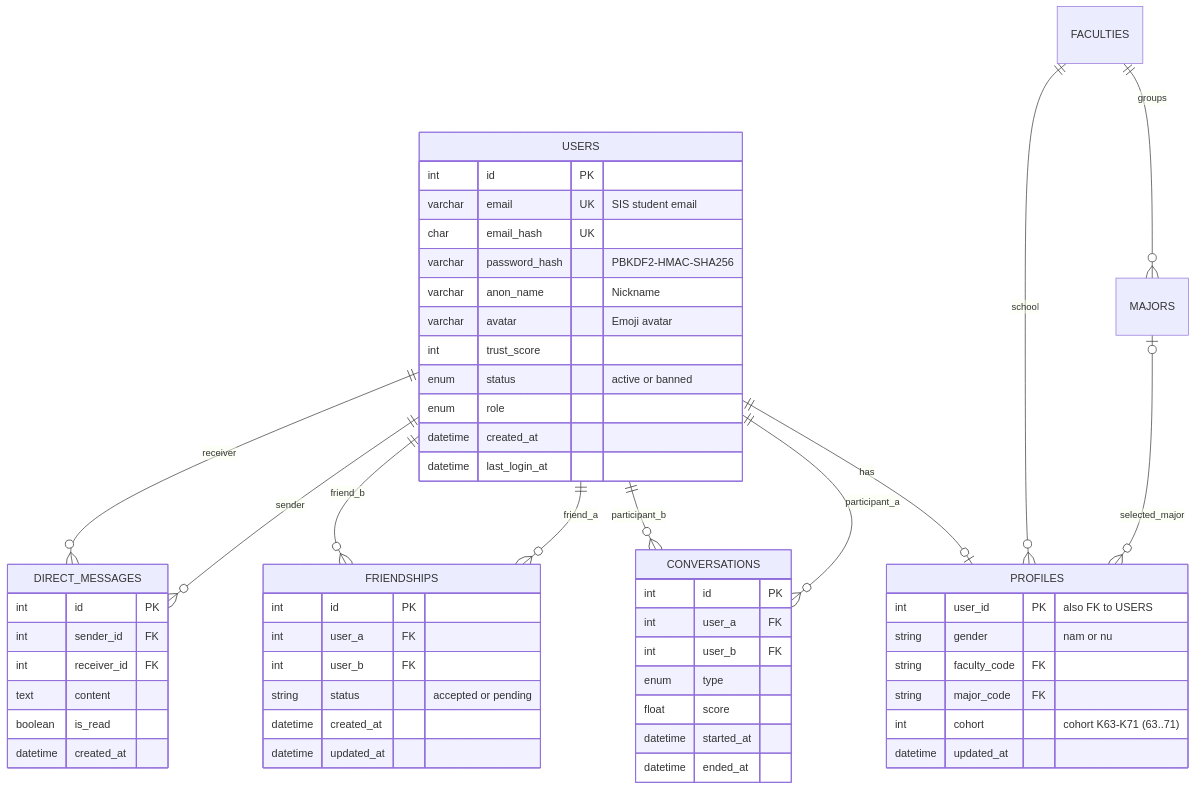
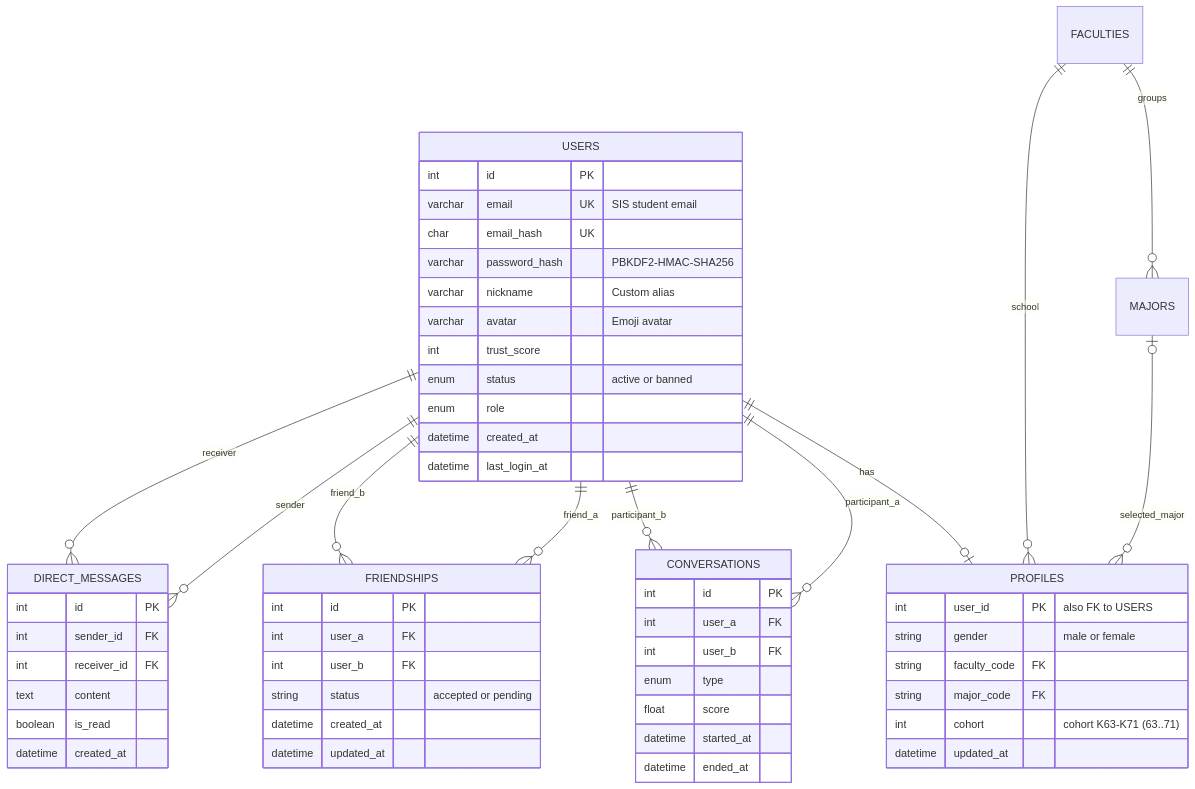
The diagram in db/schema.md (maitrang051106/project_1), drawn with Mermaid before and after one commit. The commit also changed other lines of this file and 26 other files, not shown here.

First line of the commit message:
refactor: rename anon_name to nickname in user model and related components

````diff
--- a/db/schema.md
+++ b/db/schema.md
@@ -8,60 +8,60 @@
 ```mermaid
 erDiagram
     USERS ||--o| PROFILES : "has"
     USERS ||--o{ CONVERSATIONS : "participant_a"
     USERS ||--o{ CONVERSATIONS : "participant_b"
     USERS ||--o{ FRIENDSHIPS : "friend_a"
     USERS ||--o{ FRIENDSHIPS : "friend_b"
     USERS ||--o{ DIRECT_MESSAGES : "sender"
     USERS ||--o{ DIRECT_MESSAGES : "receiver"
     FACULTIES ||--o{ MAJORS : "groups"
     FACULTIES ||--o{ PROFILES : "school"
     MAJORS o|--o{ PROFILES : "selected_major"
 
     USERS {
         int id PK
         varchar email UK "SIS student email"
         char email_hash UK
         varchar password_hash "PBKDF2-HMAC-SHA256"
-        varchar anon_name "Nickname"
+        varchar nickname "Custom alias"
         varchar avatar "Emoji avatar"
         int trust_score
         enum status "active or banned"
         enum role
         datetime created_at
         datetime last_login_at
     }
     PROFILES {
         int user_id PK "also FK to USERS"
-        string gender "nam or nu"
+        string gender "male or female"
         string faculty_code FK
         string major_code FK
         int cohort "cohort K63-K71 (63..71)"
         datetime updated_at
     }
     CONVERSATIONS {
         int id PK
         int user_a FK
         int user_b FK
         enum type
         float score
         datetime started_at
         datetime ended_at
     }
     FRIENDSHIPS {
         int id PK
         int user_a FK
         int user_b FK
         string status "accepted or pending"
         datetime created_at
         datetime updated_at
     }
     DIRECT_MESSAGES {
         int id PK
         int sender_id FK
         int receiver_id FK
         text content
         boolean is_read
         datetime created_at
     }
 ```
````
